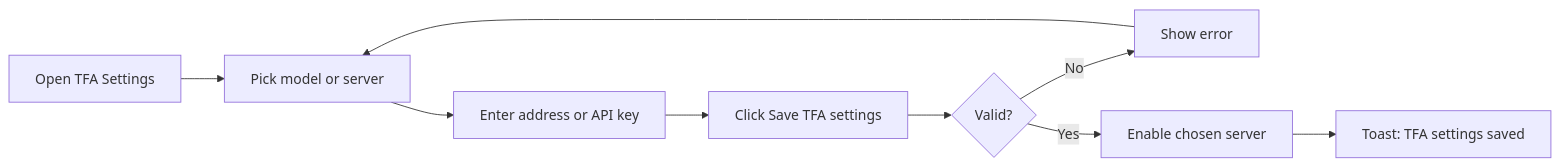
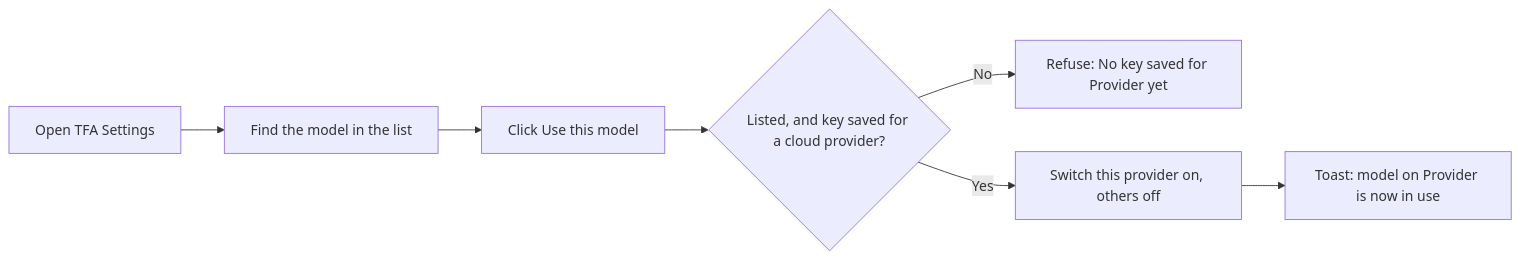
One commit to jojogeorge3344/TaskFlow-Project changed the first of 4 diagrams in TF - Documents/TF - BRD/06-Settings/06.3-TFA-Settings/BRD-TFA-Settings.md. Above: the diagram before and after it, drawn with Mermaid. The commit also changed other lines of this file and 103 other files, not shown here.

First line of the commit message:
feat(tfa): add AI model page, model ID check, read-only model list and edit

````diff
--- a/TF - Documents/TF - BRD/06-Settings/06.3-TFA-Settings/BRD-TFA-Settings.md
+++ b/TF - Documents/TF - BRD/06-Settings/06.3-TFA-Settings/BRD-TFA-Settings.md
@@ -173,10 +185,9 @@
 ```mermaid
 flowchart LR
-  A["Open TFA Settings"] --> B["Pick model or server"]
-  B --> C["Enter address or API key"]
-  C --> D["Click Save TFA settings"]
-  D --> E{"Valid?"}
-  E -- No --> F["Show error"] --> B
-  E -- Yes --> G["Enable chosen server"]
-  G --> H["Toast: TFA settings saved"]
+  A["Open TFA Settings"] --> B["Find the model in the list"]
+  B --> C["Click Use this model"]
+  C --> D{"Listed, and key saved for a cloud provider?"}
+  D -- No --> F["Refuse: No key saved for Provider yet"]
+  D -- Yes --> G["Switch this provider on, others off"]
+  G --> H["Toast: model on Provider is now in use"]
 ```
````
